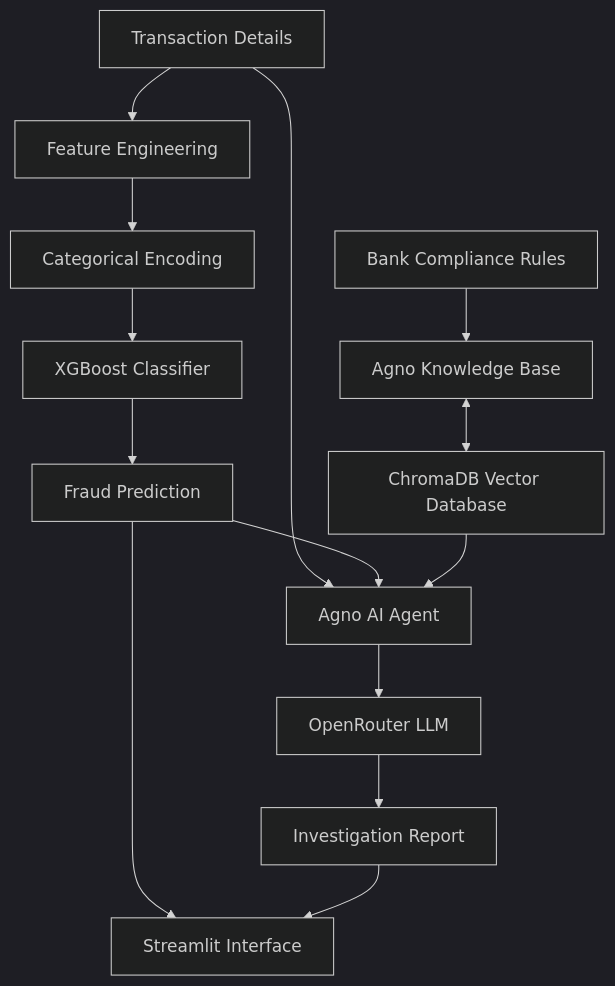
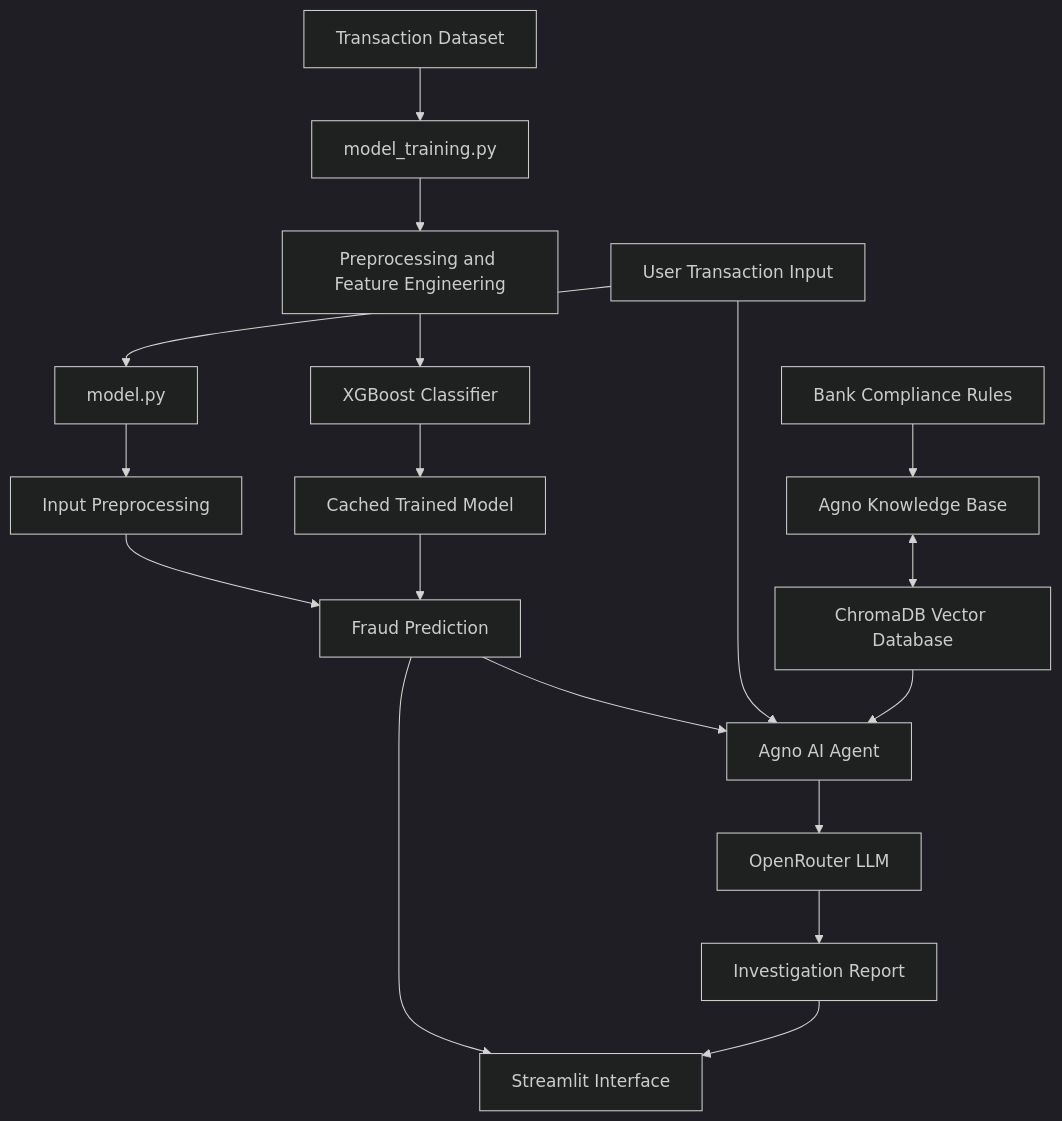
One commit to sanjuktamardi/Credit-Card-Fraud-Detection-Model changed the diagram in README.md. Above: the diagram before and after it, drawn with Mermaid (dark theme). The commit also changed other lines of this file, not shown here.

````diff
--- a/README.md
+++ b/README.md
@@ -46,16 +57,25 @@
 ```mermaid
 flowchart TD
-    A[Transaction Details] --> B[Feature Engineering]
-    B --> C[Categorical Encoding]
+    A[Transaction Dataset] --> B[model_training.py]
+    B --> C[Preprocessing and Feature Engineering]
     C --> D[XGBoost Classifier]
-    D --> E[Fraud Prediction]
-    A --> F[Agno AI Agent]
-    E --> F
-    G[Bank Compliance Rules] --> H[Agno Knowledge Base]
-    H <--> I[ChromaDB Vector Database]
-    I --> F
-    F --> J[OpenRouter LLM]
-    J --> K[Investigation Report]
-    E --> L[Streamlit Interface]
-    K --> L
+    D --> E[Cached Trained Model]
+
+    F[User Transaction Input] --> G[model.py]
+    G --> H[Input Preprocessing]
+    H --> I[Fraud Prediction]
+    E --> I
+
+    I --> J[Agno AI Agent]
+    F --> J
+
+    K[Bank Compliance Rules] --> L[Agno Knowledge Base]
+    L <--> M[ChromaDB Vector Database]
+    M --> J
+
+    J --> N[OpenRouter LLM]
+    N --> O[Investigation Report]
+
+    I --> P[Streamlit Interface]
+    O --> P
 ```
````
